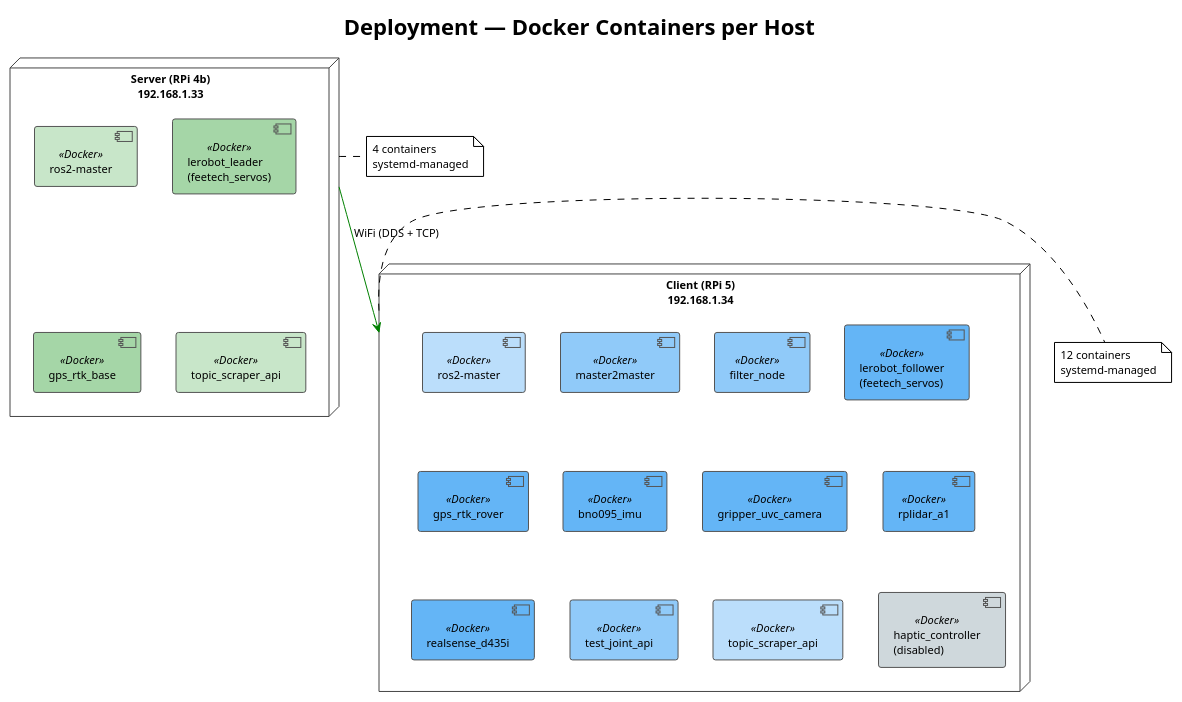
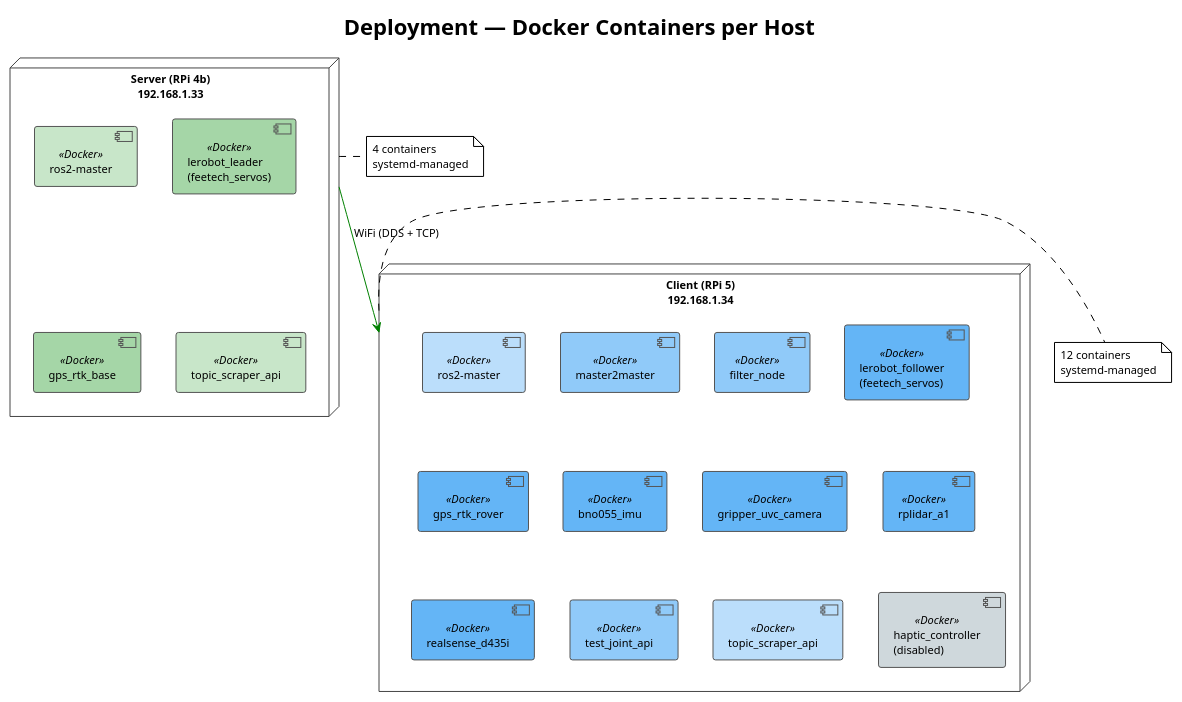
One commit to szymonrychu/ros2-lerobot-swerve-platform changed the diagram in docs/diagrams/deployment.puml. Above: the diagram before and after it, drawn with PlantUML. The commit also changed 24 other files, not shown here.

First line of the commit message:
fix: rename IMU node to bno055 and align config names

```diff
--- a/docs/diagrams/deployment.puml
+++ b/docs/diagrams/deployment.puml
@@ -1,44 +1,44 @@
 @startuml deployment
 !theme plain
 skinparam backgroundColor white
 skinparam defaultFontSize 11
 skinparam nodeBorderColor #444
 skinparam componentBorderColor #555
 
 title Deployment — Docker Containers per Host
 
 node "Server (RPi 4b)\n192.168.1.33" as server {
   component "ros2-master" as sm <<Docker>> #C8E6C9
   component "lerobot_leader\n(feetech_servos)" as sl <<Docker>> #A5D6A7
   component "gps_rtk_base" as sg <<Docker>> #A5D6A7
   component "topic_scraper_api" as ss <<Docker>> #C8E6C9
 }
 
 node "Client (RPi 5)\n192.168.1.34" as client {
   component "ros2-master" as cm <<Docker>> #BBDEFB
   component "master2master" as cmm <<Docker>> #90CAF9
   component "filter_node" as cf <<Docker>> #90CAF9
   component "lerobot_follower\n(feetech_servos)" as clf <<Docker>> #64B5F6
   component "gps_rtk_rover" as cg <<Docker>> #64B5F6
-  component "bno095_imu" as ci <<Docker>> #64B5F6
+  component "bno055_imu" as ci <<Docker>> #64B5F6
   component "gripper_uvc_camera" as cc <<Docker>> #64B5F6
   component "rplidar_a1" as cr <<Docker>> #64B5F6
   component "realsense_d435i" as cre <<Docker>> #64B5F6
   component "test_joint_api" as ct <<Docker>> #90CAF9
   component "topic_scraper_api" as cs <<Docker>> #BBDEFB
   component "haptic_controller\n(disabled)" as ch <<Docker>> #CFD8DC
 }
 
 server -[#green]-> client : WiFi (DDS + TCP)
 
 note right of server
   4 containers
   systemd-managed
 end note
 
 note right of client
   12 containers
   systemd-managed
 end note
 
 @enduml
```
